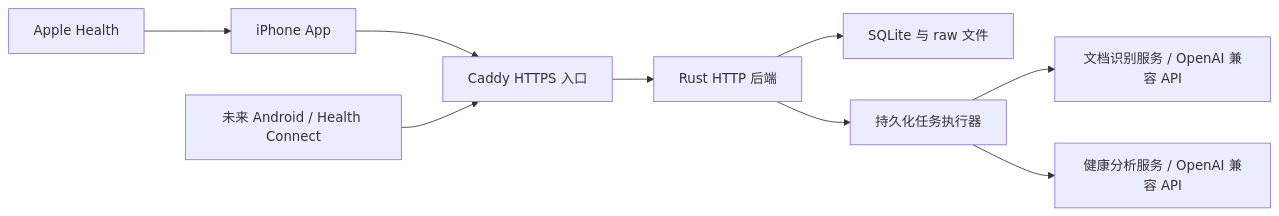
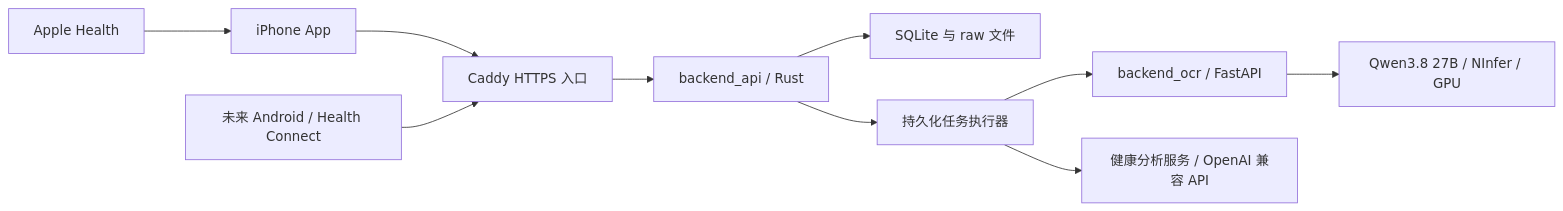
One commit to yzard/helpyourself changed the diagram in docs/architecture.md. Above: the diagram before and after it, drawn with Mermaid. The commit also changed other lines of this file and 150 other files, not shown here.

````diff
--- a/docs/architecture.md
+++ b/docs/architecture.md
@@ -5,11 +5,12 @@
 ```mermaid
 flowchart LR
     H[Apple Health] --> I[iPhone App]
     I --> C[Caddy HTTPS 入口]
-    C --> R[Rust HTTP 后端]
+    C --> R[backend_api / Rust]
     R --> D[SQLite 与 raw 文件]
     R --> J[持久化任务执行器]
-    J --> O[文档识别服务 / OpenAI 兼容 API]
+    J --> O[backend_ocr / FastAPI]
+    O --> N[Qwen3.8 27B / NInfer / GPU]
     J --> A[健康分析服务 / OpenAI 兼容 API]
     G[未来 Android / Health Connect] --> C
 ```
````
